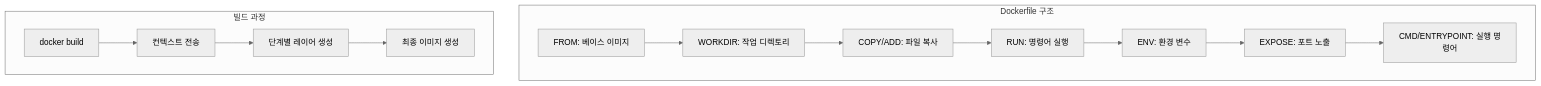
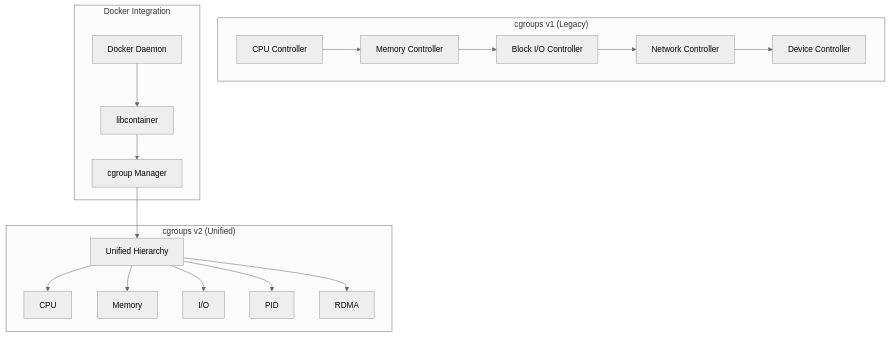
Before and after one commit to niceguy61/kdt_devops_lecture_2025: the first of 2 diagrams in week_02/day_02/session_01.md, drawn with Mermaid (neutral theme). The commit also changed other lines of this file and 41 other files, not shown here.

````diff
--- a/week_02/day_02/session_01.md
+++ b/week_02/day_02/session_01.md
@@ -15,17 +15,23 @@
 ```mermaid
 graph TB
-    subgraph "Dockerfile 구조"
-        A[FROM: 베이스 이미지] --> B[WORKDIR: 작업 디렉토리]
-        B --> C[COPY/ADD: 파일 복사]
-        C --> D[RUN: 명령어 실행]
-        D --> E[ENV: 환경 변수]
-        E --> F[EXPOSE: 포트 노출]
-        F --> G[CMD/ENTRYPOINT: 실행 명령어]
+    subgraph "cgroups v1 (Legacy)"
+        A[CPU Controller] --> B[Memory Controller]
+        B --> C[Block I/O Controller]
+        C --> D[Network Controller]
+        D --> E[Device Controller]
     end
     
-    subgraph "빌드 과정"
-        H[docker build] --> I[컨텍스트 전송]
-        I --> J[단계별 레이어 생성]
-        J --> K[최종 이미지 생성]
+    subgraph "cgroups v2 (Unified)"
+        F[Unified Hierarchy] --> G[CPU]
+        F --> H[Memory]
+        F --> I[I/O]
+        F --> J[PID]
+        F --> K[RDMA]
+    end
+    
+    subgraph "Docker Integration"
+        L[Docker Daemon] --> M[libcontainer]
+        M --> N[cgroup Manager]
+        N --> F
     end
 ```
````
